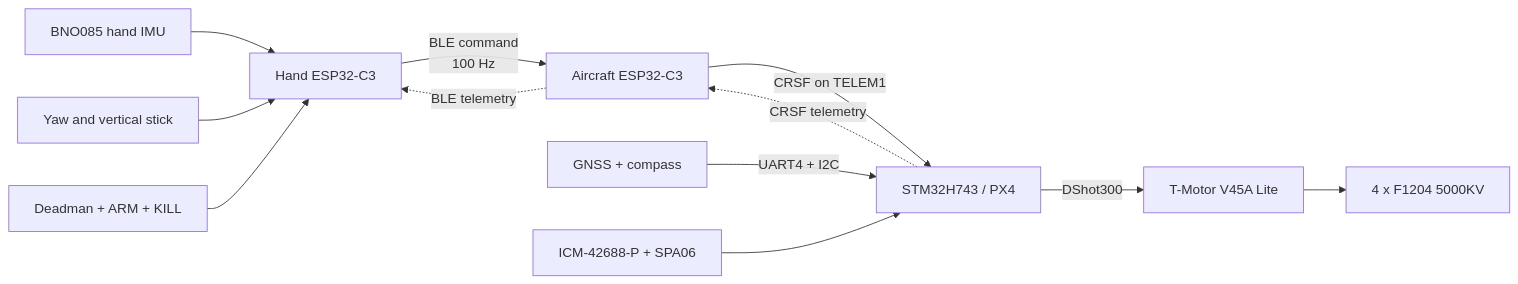
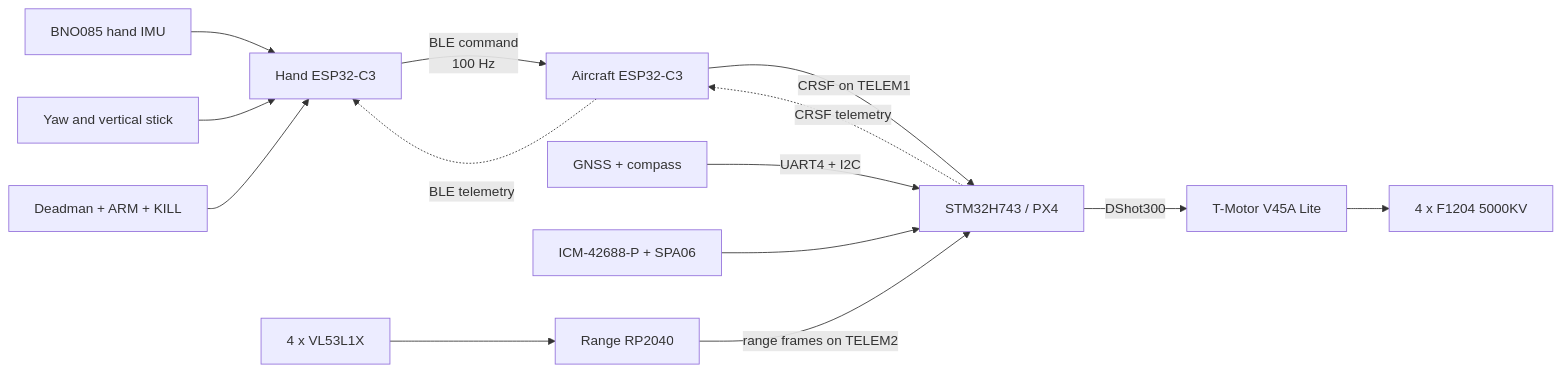
One commit to Samiurr10/gesture-controlled-drone changed the first of 2 diagrams in docs/h7-ble/design-report.md. Above: the diagram before and after it, drawn with Mermaid. The commit also changed other lines of this file and 10 other files, not shown here.

Commit message:
docs: add collision prevention sensor architecture

````diff
--- a/docs/h7-ble/design-report.md
+++ b/docs/h7-ble/design-report.md
@@ -68,14 +71,16 @@
 ```mermaid
 flowchart LR
     bno[BNO085 hand IMU] --> hc3[Hand ESP32-C3]
     stick[Yaw and vertical stick] --> hc3
     safety[Deadman + ARM + KILL] --> hc3
     hc3 -->|BLE command\n100 Hz| ac3[Aircraft ESP32-C3]
     ac3 -->|CRSF on TELEM1| h7[STM32H743 / PX4]
     gps[GNSS + compass] -->|UART4 + I2C| h7
     imu[ICM-42688-P + SPA06] --> h7
+    tof[4 x VL53L1X] --> rhub[Range RP2040]
+    rhub -->|range frames on TELEM2| h7
     h7 -->|DShot300| esc[T-Motor V45A Lite]
     esc --> motors[4 x F1204 5000KV]
     h7 -. CRSF telemetry .-> ac3
     ac3 -. BLE telemetry .-> hc3
 ```
````
